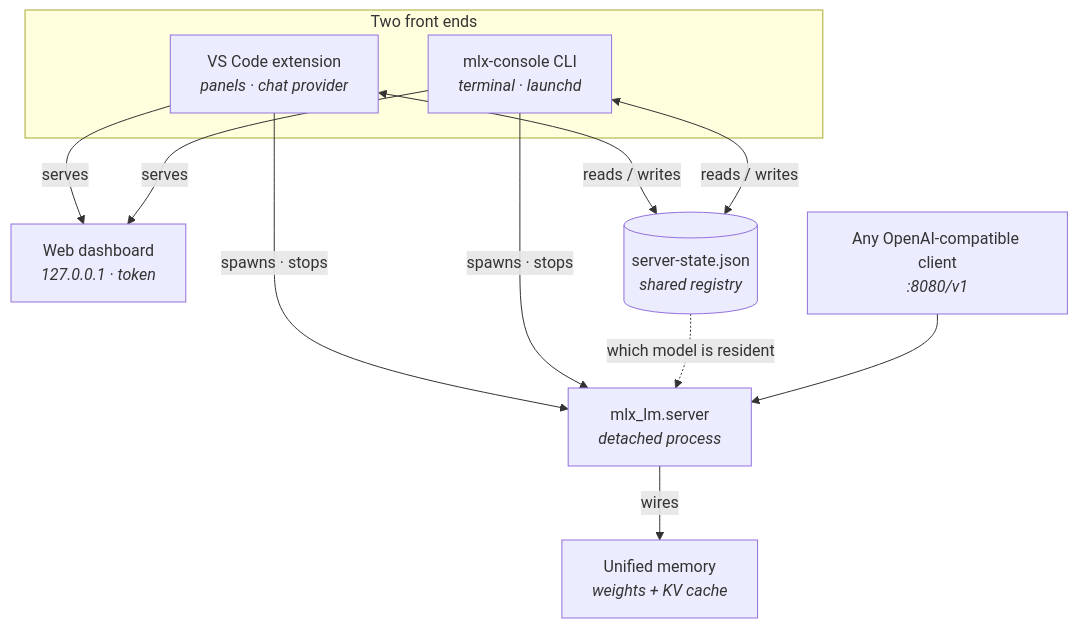
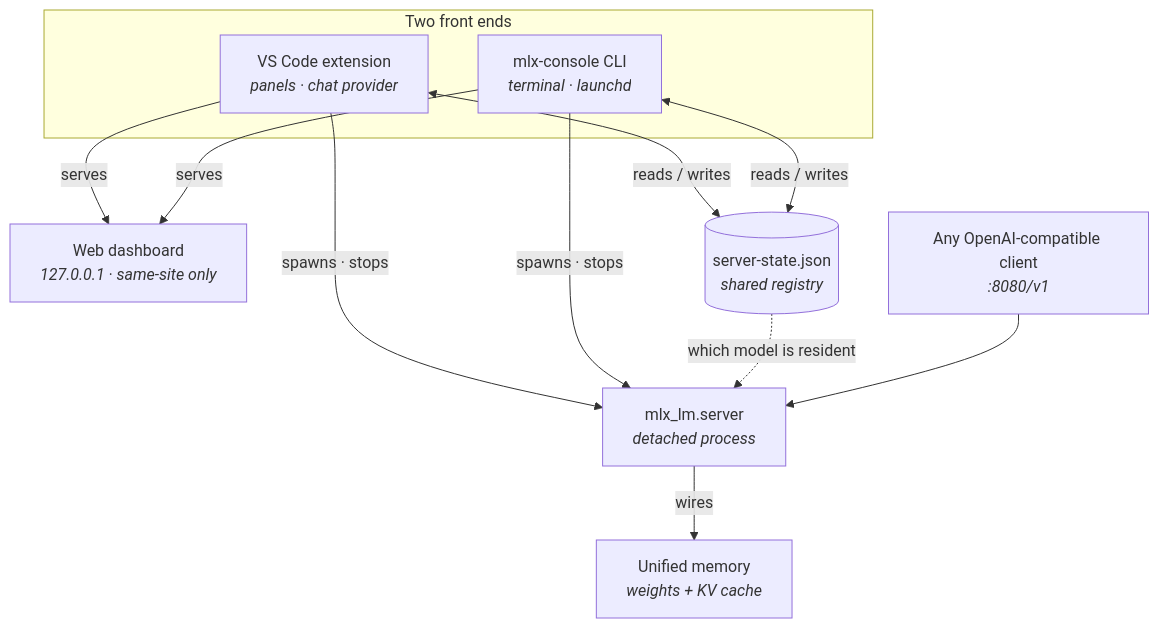
One commit to bengurion/mlx-console-gui changed the first of 2 diagrams in README.md. Above: the diagram before and after it, drawn with Mermaid. The commit also changed other lines of this file and 7 other files, not shown here.

First line of the commit message:
Turn the dashboard on by default, and drop the token from the URL

````diff
--- a/README.md
+++ b/README.md
@@ -34,23 +35,23 @@
 ```mermaid
 flowchart TB
     subgraph hosts["Two front ends"]
         VSC["VS Code extension<br/><i>panels · chat provider</i>"]
         CLI["mlx-console CLI<br/><i>terminal · launchd</i>"]
     end
 
-    DASH["Web dashboard<br/><i>127.0.0.1 · token</i>"]
+    DASH["Web dashboard<br/><i>127.0.0.1 · same-site only</i>"]
     REG[("server-state.json<br/><i>shared registry</i>")]
     SRV["mlx_lm.server<br/><i>detached process</i>"]
     GPU["Unified memory<br/><i>weights + KV cache</i>"]
 
     VSC -->|serves| DASH
     CLI -->|serves| DASH
     VSC <-->|"reads / writes"| REG
     CLI <-->|"reads / writes"| REG
     VSC -->|spawns · stops| SRV
     CLI -->|spawns · stops| SRV
     REG -.->|"which model is resident"| SRV
     SRV -->|wires| GPU
 
     CLIENTS["Any OpenAI-compatible client<br/><i>:8080/v1</i>"] --> SRV
 ```
````
